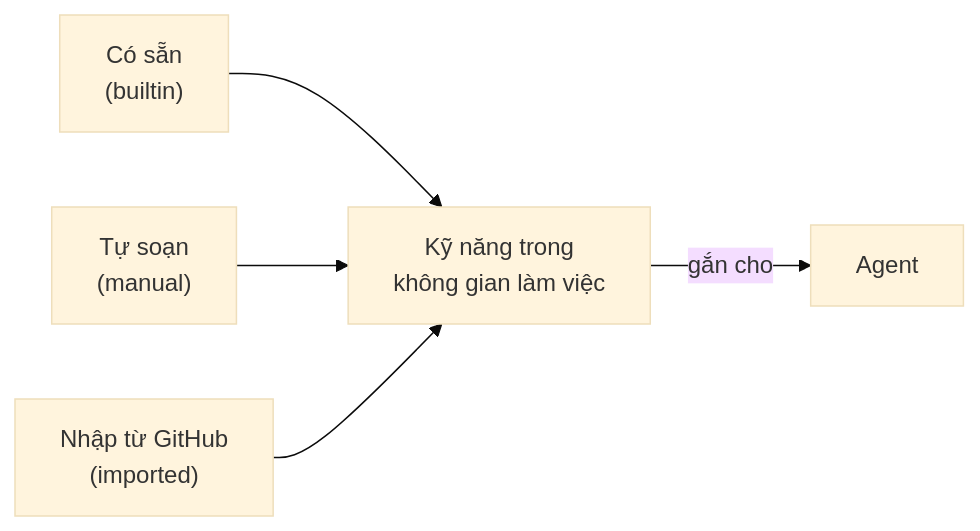
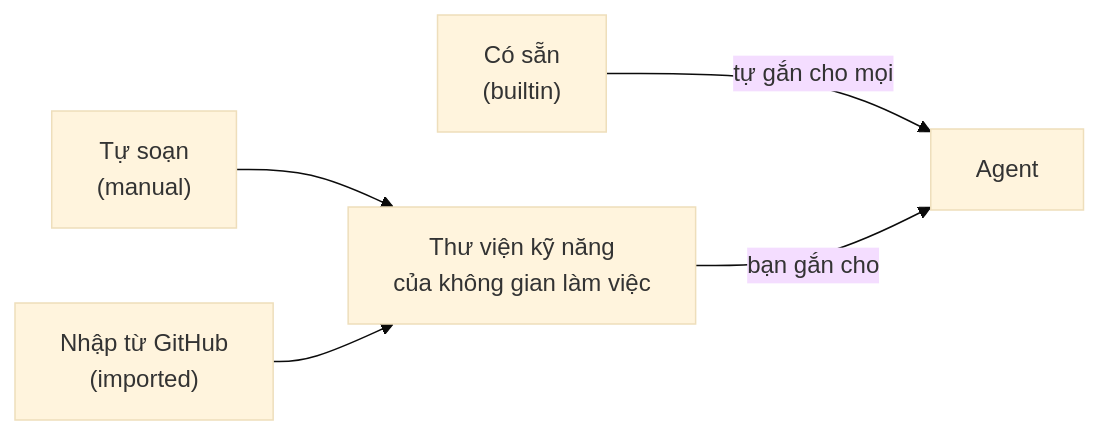
The first of 2 diagrams in docs/skills.md (gnust-company/A.R.MARIUS), drawn with Mermaid (base theme) before and after one commit. The commit also changed other lines of this file and 23 other files, not shown here.

First line of the commit message:
feat(003): onboarding bốn bước, người chủ chọn runtime cho Livia, ẩn skill dựng sẵn ở giao diện (T017, T020, T023–T027)

````diff
--- a/docs/skills.md
+++ b/docs/skills.md
@@ -42,7 +42,7 @@
 ```mermaid
 flowchart LR
-    B["Có sẵn<br/>(builtin)"] --> S["Kỹ năng trong<br/>không gian làm việc"]
-    M["Tự soạn<br/>(manual)"] --> S
+    B["Có sẵn<br/>(builtin)"] -->|"tự gắn cho mọi"| A["Agent"]
+    M["Tự soạn<br/>(manual)"] --> S["Thư viện kỹ năng<br/>của không gian làm việc"]
     I["Nhập từ GitHub<br/>(imported)"] --> S
-    S -->|"gắn cho"| A["Agent"]
+    S -->|"bạn gắn cho"| A
 ```
````
